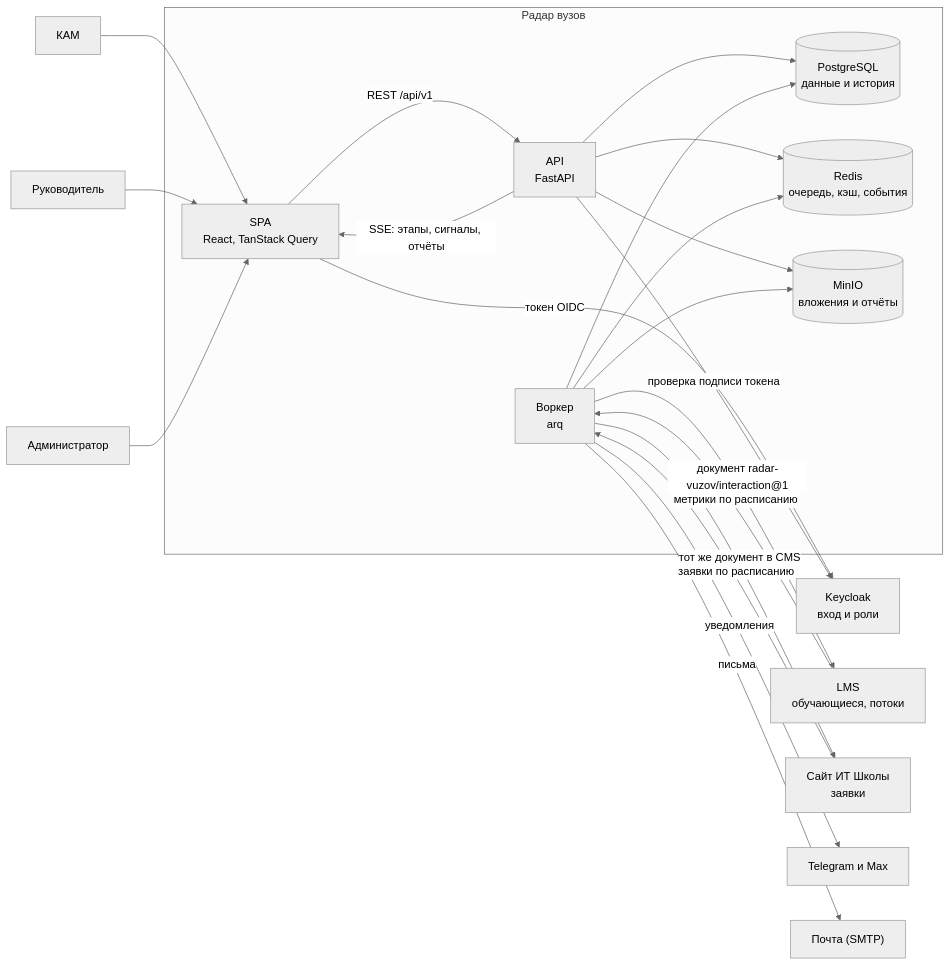
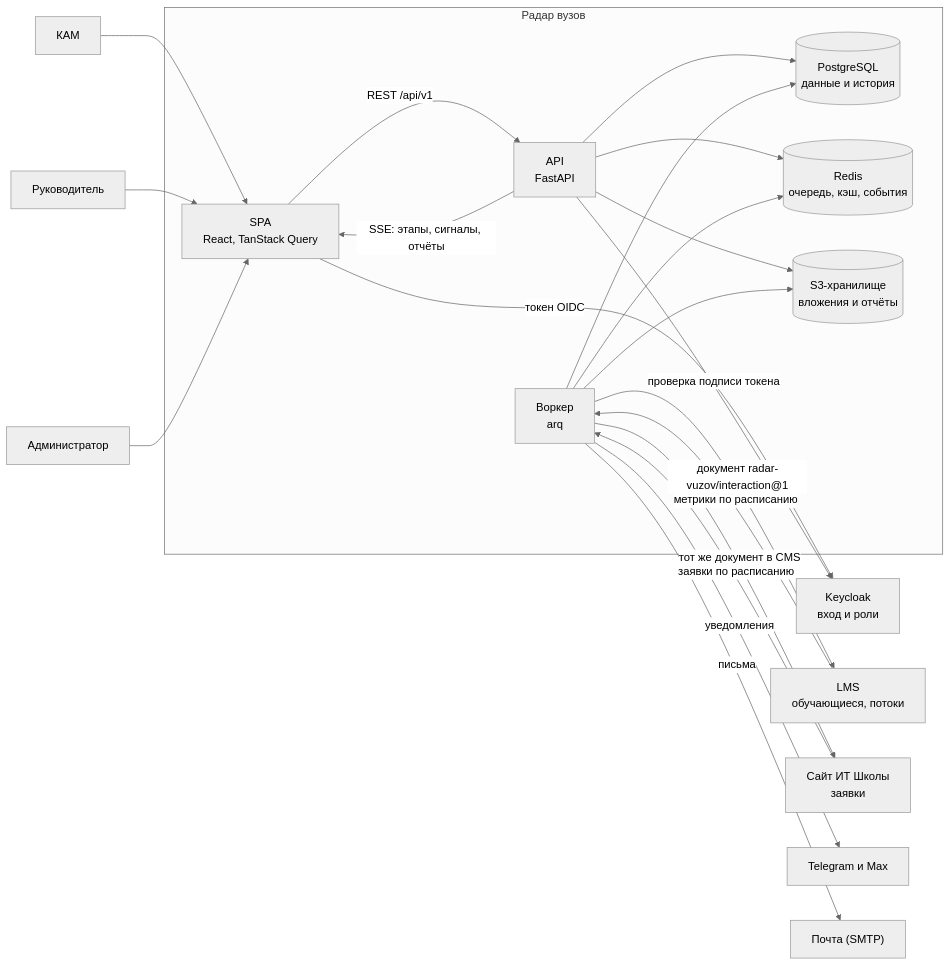
The first of 3 diagrams in docs/architecture/DIAGRAMS.md (tame2tame/hackathon_2026), drawn with Mermaid (neutral theme) before and after one commit. The commit also changed other lines of this file and 14 other files, not shown here.

````diff
--- a/docs/architecture/DIAGRAMS.md
+++ b/docs/architecture/DIAGRAMS.md
@@ -20,43 +20,43 @@
 ```mermaid
 flowchart LR
     kam["КАМ"]
     manager["Руководитель"]
     admin["Администратор"]
 
     subgraph radar["Радар вузов"]
         spa["SPA<br/>React, TanStack Query"]
         api["API<br/>FastAPI"]
         worker["Воркер<br/>arq"]
         db[("PostgreSQL<br/>данные и история")]
         cache[("Redis<br/>очередь, кэш, события")]
-        files[("MinIO<br/>вложения и отчёты")]
+        files[("S3-хранилище<br/>вложения и отчёты")]
     end
 
     keycloak["Keycloak<br/>вход и роли"]
     lms["LMS<br/>обучающиеся, потоки"]
     site["Сайт ИТ Школы<br/>заявки"]
     messengers["Telegram и Max"]
     smtp["Почта (SMTP)"]
 
     kam --> spa
     manager --> spa
     admin --> spa
     spa -->|"токен OIDC"| keycloak
     spa -->|"REST /api/v1"| api
     api -->|"SSE: этапы, сигналы, отчёты"| spa
     api -->|"проверка подписи токена"| keycloak
 
     api --> db
     api --> cache
     api --> files
     worker --> db
     worker --> cache
     worker --> files
 
     lms -->|"метрики по расписанию"| worker
     site -->|"заявки по расписанию"| worker
     worker -->|"документ radar-vuzov/interaction@1"| lms
     worker -->|"тот же документ в CMS"| site
     worker -->|"уведомления"| messengers
     worker -->|"письма"| smtp
 ```
````
